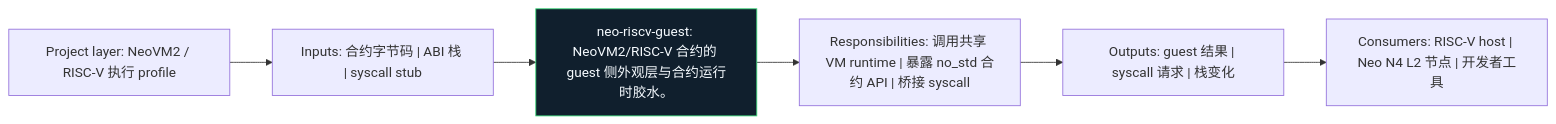
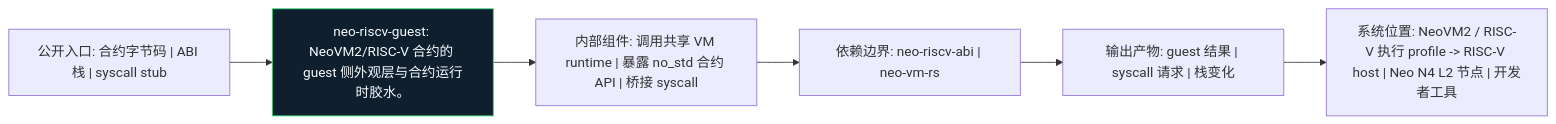
The diagram in crates/neo-riscv-guest/docs/figures/architecture.zh.mmd (r3e-network/neo-riscv-vm), drawn with Mermaid before and after one commit. The commit also changed 207 other files, not shown here.

```diff
--- a/crates/neo-riscv-guest/docs/figures/architecture.zh.mmd
+++ b/crates/neo-riscv-guest/docs/figures/architecture.zh.mmd
@@ -1,14 +1,14 @@
 flowchart LR
-    N1["Project layer: NeoVM2 / RISC-V 执行 profile"]
-    N2["Inputs: 合约字节码 | ABI 栈 | syscall stub"]
-    N3["neo-riscv-guest: NeoVM2/RISC-V 合约的 guest 侧外观层与合约运行时胶水。"]
-    N4["Responsibilities: 调用共享 VM runtime | 暴露 no_std 合约 API | 桥接 syscall"]
-    N5["Outputs: guest 结果 | syscall 请求 | 栈变化"]
-    N6["Consumers: RISC-V host | Neo N4 L2 节点 | 开发者工具"]
+    N1["公开入口: 合约字节码 | ABI 栈 | syscall stub"]
+    N2["neo-riscv-guest: NeoVM2/RISC-V 合约的 guest 侧外观层与合约运行时胶水。"]
+    N3["内部组件: 调用共享 VM runtime | 暴露 no_std 合约 API | 桥接 syscall"]
+    N4["依赖边界: neo-riscv-abi | neo-vm-rs"]
+    N5["输出产物: guest 结果 | syscall 请求 | 栈变化"]
+    N6["系统位置: NeoVM2 / RISC-V 执行 profile -> RISC-V host | Neo N4 L2 节点 | 开发者工具"]
     N1 --> N2
     N2 --> N3
     N3 --> N4
     N4 --> N5
     N5 --> N6
     classDef crate fill:#101f2d,stroke:#38d978,color:#f6fbff
-    class N3 crate
+    class N2 crate
```
